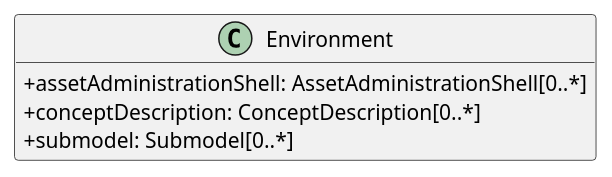
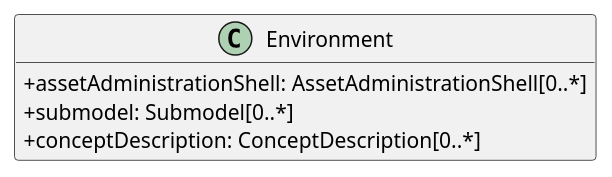
One commit to zrgt/py2puml changed the diagram in output/classes/Environment.puml. Above: the diagram before and after it, drawn with PlantUML. The commit also changed other lines of this file and 68 other files, not shown here.

```diff
--- a/output/classes/Environment.puml
+++ b/output/classes/Environment.puml
@@ -1,10 +1,10 @@
 @startuml
 skinparam classAttributeIconSize 0
 hide methods
 
 class Environment {
   +assetAdministrationShell: AssetAdministrationShell[0..*] 
+  +submodel: Submodel[0..*] 
   +conceptDescription: ConceptDescription[0..*] 
-  +submodel: Submodel[0..*] 
 }
 @enduml
```
